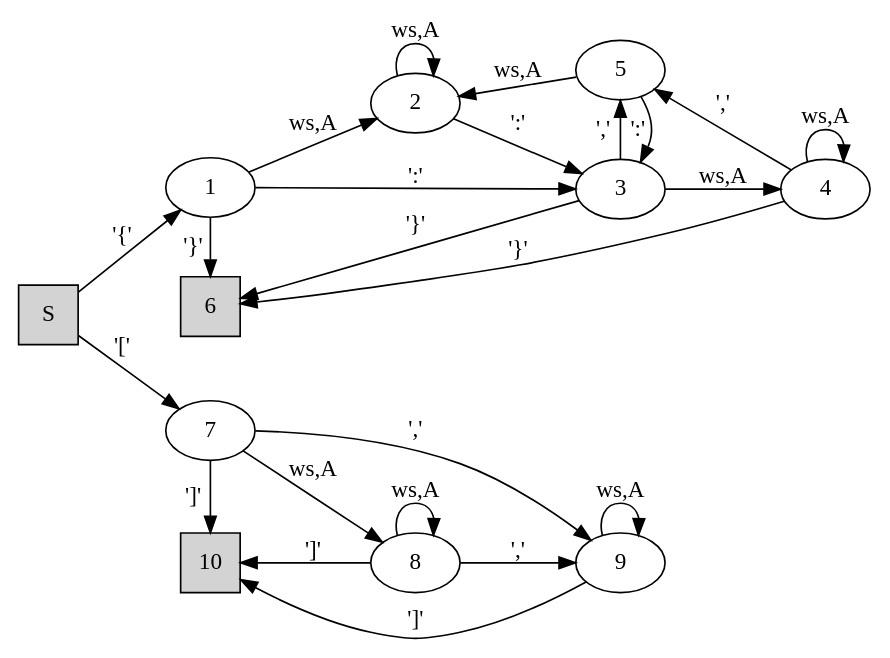
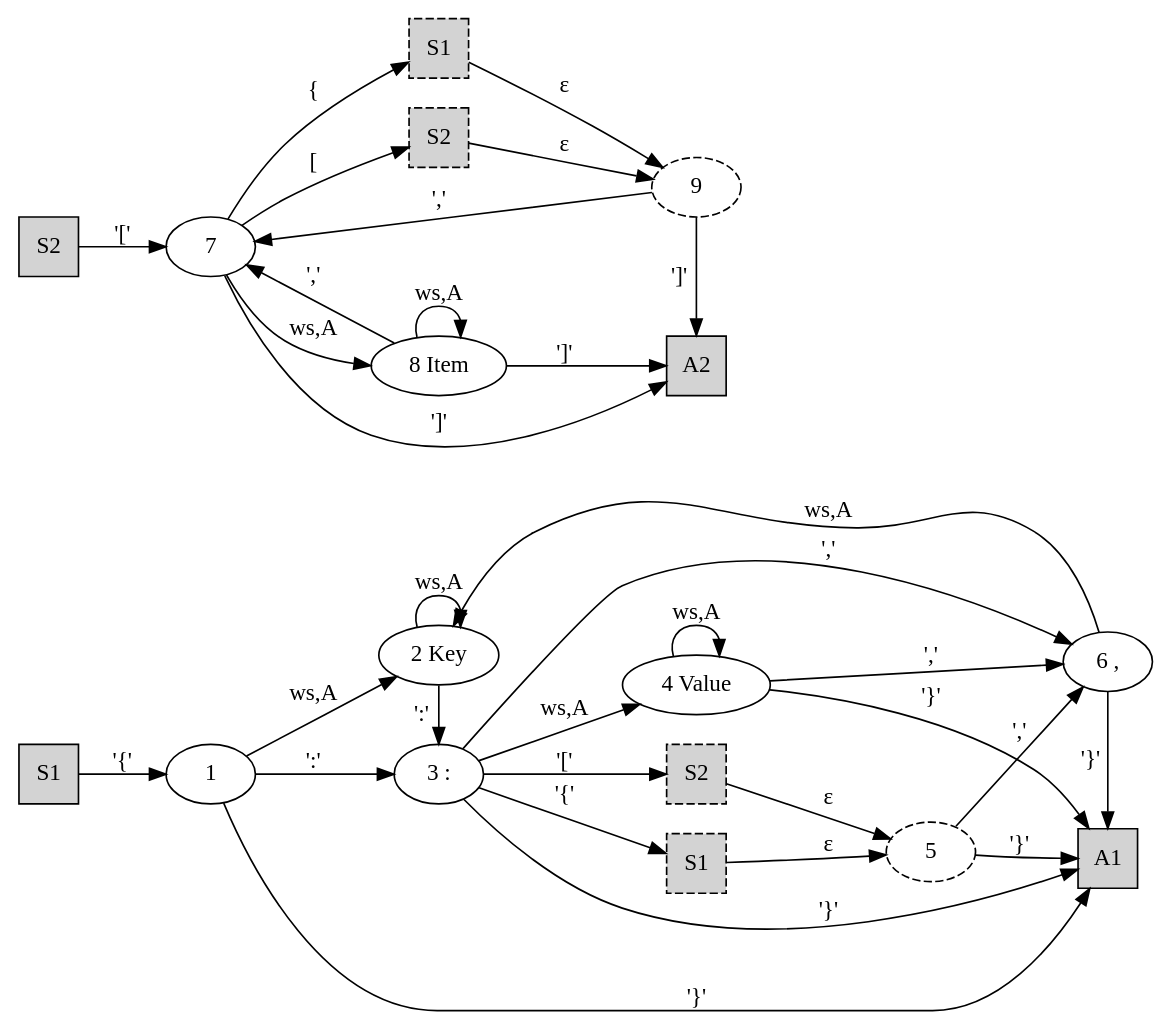
One commit to npillmayer/nestext changed the diagram in automata.dot. Above: the diagram before and after it, drawn with Graphviz. The commit also changed 3 other files, not shown here.

```diff
--- a/automata.dot
+++ b/automata.dot
@@ -1,37 +1,61 @@
-digraph G {
+digraph Automata {
     splines="TRUE";
     rankdir="LR"
 
-    S  [shape="square",style="filled"]
-    6  [shape="square",style="filled"]
-    10 [shape="square",style="filled"]
+    S1  [shape="square",style="filled"]
+    S1x  [label="S1",shape="square",style="filled,dashed"]
+    S1y  [label="S1",shape="square",style="filled,dashed"]
+    S2  [shape="square",style="filled"]
+    S2x  [label="S2",shape="square",style="filled,dashed"]
+    S2y  [label="S2",shape="square",style="filled,dashed"]
+    A1  [shape="square",style="filled"]
+    A2 [shape="square",style="filled"]
+    2  [label="2 Key"]
+    3  [label="3 :"]
+    6  [label="6 ,"]
+    4  [label="4 Value"]
+    8  [label="8 Item"]
+    5  [style="dashed"]
+    9  [style="dashed"]
     
-    S -> 1[label="'{'"]
+    S1 -> 1[label="'{'"]
     1  -> 2[label="ws,A"]
     2  -> 2[label="ws,A"]
     2  -> 3[label="':'"]
     1  -> 3[label="':'"]
     3  -> 4[label="ws,A"]
     4  -> 4[label="ws,A"]
-    4  -> 6[label="'}'"]
-    4  -> 5[label="','"]
-    3  -> 5[label="','"]
-    5  -> 3[label="':'"]
-    5  -> 2[label="ws,A"]
-    1  -> 6[label="'}'"]
-    3  -> 6[label="'}'"]
+    4  -> A1[label="'}'"]
+    4  -> 6[label="','"]
+    3  -> 6[label="','"]
+    6  -> A1[label="'}'"]
+    6  -> 2[label="ws,A"]
+    1  -> A1[label="'}'"]
+    3  -> A1[label="'}'"]
+    3  -> S1x[label="'{'"]
+    S1x  -> 5[label="ε"]
+    3  -> S2x[label="'['"]
+    S2x  -> 5[label="ε"]
+    5  -> 6[label="','"]
+    5  -> A1[label="'}'"]
 
-    S -> 7[label="'['"]
+    S2 -> 7[label="'['"]
     7  -> 8[label="ws,A"]
     8  -> 8[label="ws,A"]
-    8  -> 9[label="','"]
-    9  -> 9[label="ws,A"]
-    8  -> 10[label="']'"]
-    7  -> 9[label="','"]
-    7  -> 10[label="']'"]
-    9  -> 10[label="']'"]
+    8  -> 7[label="','"]
+    8  -> A2[label="']'"]
+    7  -> A2[label="']'"]
+    7  -> S1y[label="{"]
+    7  -> S2y[label="["]
+    S1y  -> 9[label="ε"]
+    S2y  -> 9[label="ε"]
+    9  -> A2[label="']'"]
+    9  -> 7[label="','"]
 
-    { rank=same; 3; 5;}
-    { rank=same; 1; 6;}
-    { rank=same; 7; 10;}
+    { rank=min; S1; S2;}
+    { rank=same; 4; S1x; S2x; }
+    { rank=same; 8; S1y; S2y; 2; 3;}
+    { rank=same; 9; A2;}
+    { rank=max; A1; 6;}
+    { rank=same; 1; 7;}
 }
```
